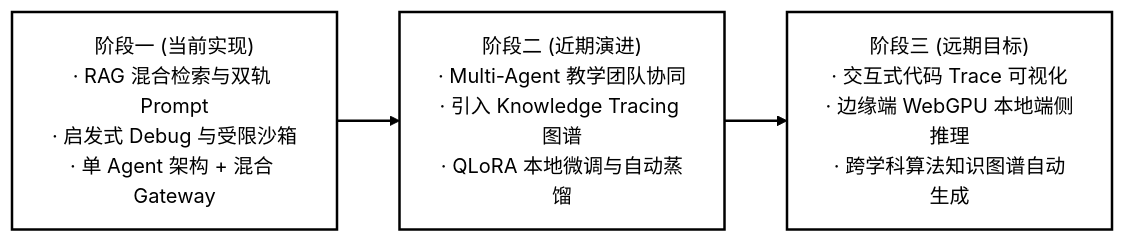
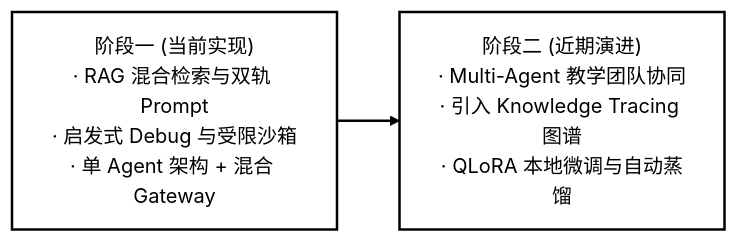
One commit to PasteK0n/Classical-AI-Algorithm-Studying-System- changed diagram 14 of 14 in doc/详细设计文档.md. Above: the diagram before and after it, drawn with Mermaid (neutral theme). The commit also changed other lines of this file, not shown here.

````diff
--- a/doc/详细设计文档.md
+++ b/doc/详细设计文档.md
@@ -838,14 +838,13 @@
 ```mermaid
 %%{init: { "flowchart": { "curve": "step"}}}%%
 flowchart LR
     classDef blackWhite fill:#ffffff,stroke:#000000,stroke-width:2px,color:#000000;
     linkStyle default stroke:#000000,stroke-width:2px;
 
     Phase1["阶段一 (当前实现)<br>· RAG 混合检索与双轨 Prompt<br>· 启发式 Debug 与受限沙箱<br>· 单 Agent 架构 + 混合 Gateway"]
     Phase2["阶段二 (近期演进)<br>· Multi-Agent 教学团队协同<br>· 引入 Knowledge Tracing 图谱<br>· QLoRA 本地微调与自动蒸馏"]
-    Phase3["阶段三 (远期目标)<br>· 交互式代码 Trace 可视化<br>· 边缘端 WebGPU 本地端侧推理<br>· 跨学科算法知识图谱自动生成"]
 
-    Phase1 --> Phase2 --> Phase3
+    Phase1 --> Phase2
 
-    class Phase1,Phase2,Phase3 blackWhite;
+    class Phase1,Phase2 blackWhite;
 ```
````
